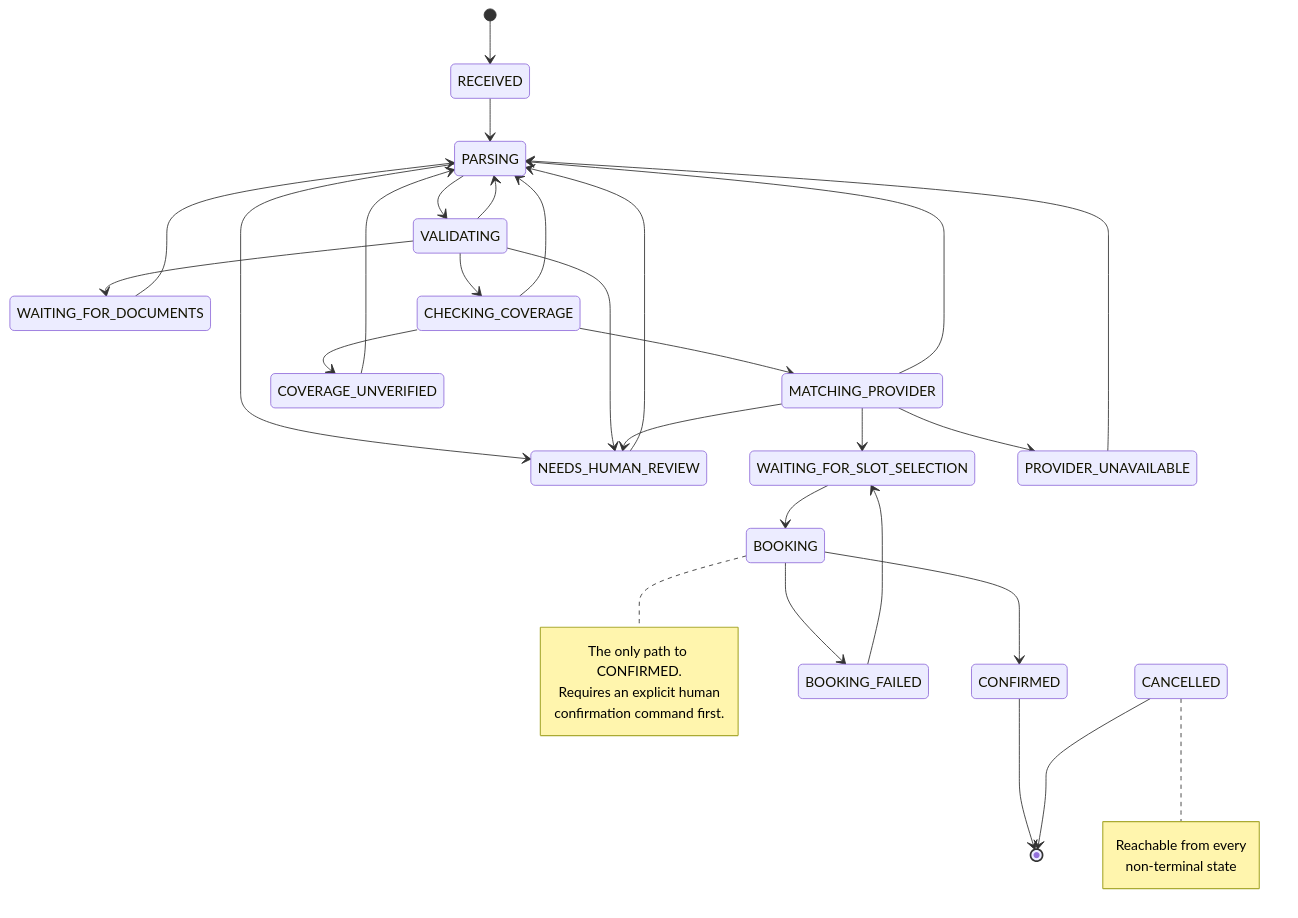
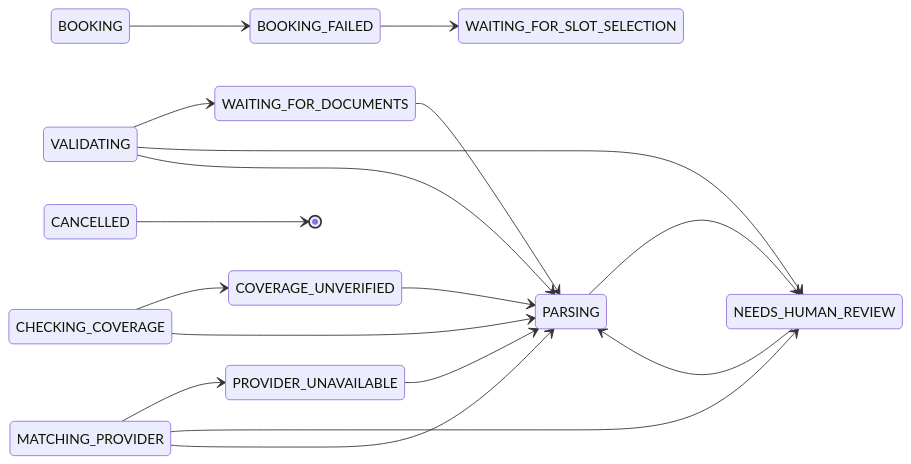
One commit to rohanshinde24/CareRoute changed the fifth of 7 diagrams in README.md. Above: the diagram before and after it, drawn with Mermaid. The commit also changed other lines of this file and 1 other file, not shown here.

First line of the commit message:
README: size every diagram for GitHub's fixed 180px mermaid frame

````diff
--- a/README.md
+++ b/README.md
@@ -131,46 +105,20 @@
 ```mermaid
 stateDiagram-v2
-    [*] --> RECEIVED
-
-    RECEIVED --> PARSING
-    PARSING --> VALIDATING
+    direction LR
+    VALIDATING --> WAITING_FOR_DOCUMENTS
+    CHECKING_COVERAGE --> COVERAGE_UNVERIFIED
+    MATCHING_PROVIDER --> PROVIDER_UNAVAILABLE
     PARSING --> NEEDS_HUMAN_REVIEW
-
-    VALIDATING --> WAITING_FOR_DOCUMENTS
-    VALIDATING --> CHECKING_COVERAGE
     VALIDATING --> NEEDS_HUMAN_REVIEW
-
-    CHECKING_COVERAGE --> MATCHING_PROVIDER
-    CHECKING_COVERAGE --> COVERAGE_UNVERIFIED
-
-    MATCHING_PROVIDER --> WAITING_FOR_SLOT_SELECTION
-    MATCHING_PROVIDER --> PROVIDER_UNAVAILABLE
     MATCHING_PROVIDER --> NEEDS_HUMAN_REVIEW
-
-    WAITING_FOR_SLOT_SELECTION --> BOOKING
-    BOOKING --> CONFIRMED
     BOOKING --> BOOKING_FAILED
     BOOKING_FAILED --> WAITING_FOR_SLOT_SELECTION
-
-    VALIDATING --> PARSING
-    CHECKING_COVERAGE --> PARSING
-    MATCHING_PROVIDER --> PARSING
     WAITING_FOR_DOCUMENTS --> PARSING
     COVERAGE_UNVERIFIED --> PARSING
     PROVIDER_UNAVAILABLE --> PARSING
     NEEDS_HUMAN_REVIEW --> PARSING
-
-    CONFIRMED --> [*]
+    VALIDATING --> PARSING
+    CHECKING_COVERAGE --> PARSING
+    MATCHING_PROVIDER --> PARSING
     CANCELLED --> [*]
-
-    note right of CANCELLED
-        Reachable from every
-        non-terminal state
-    end note
-
-    note right of BOOKING
-        The only path to CONFIRMED.
-        Requires an explicit human
-        confirmation command first.
-    end note
 ```
````
